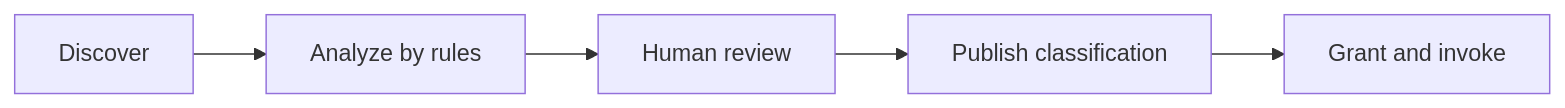
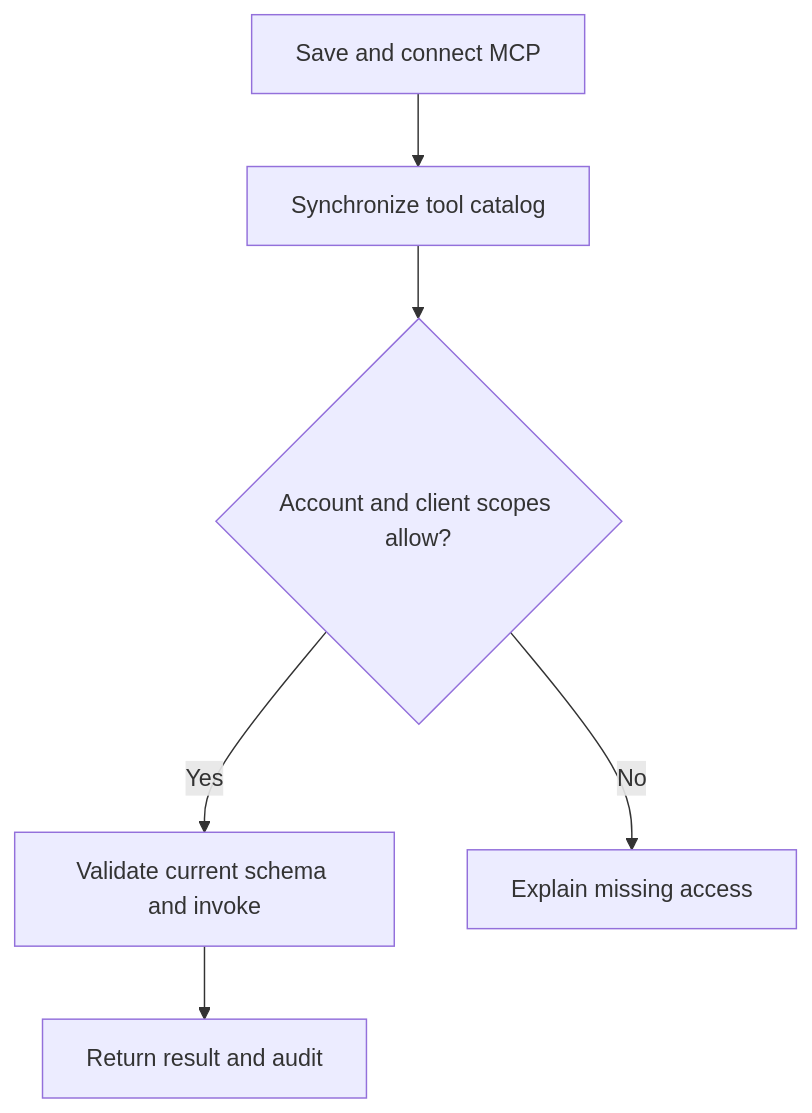
Before and after one commit to zhigege666/Lingshu-Gate: the diagram in docs/mcp-gateway.md, drawn with Mermaid. The commit also changed other lines of this file and 258 other files, not shown here.

````diff
--- a/docs/mcp-gateway.md
+++ b/docs/mcp-gateway.md
@@ -38,7 +38,8 @@
 ```mermaid
-flowchart LR
-    D["Discover"] --> A["Analyze by rules"]
-    A --> R["Human review"]
-    R --> P["Publish classification"]
-    P --> G["Grant and invoke"]
+flowchart TD
+    C["Save and connect MCP"] --> S["Synchronize tool catalog"]
+    S --> A{"Account and client scopes allow?"}
+    A -->|Yes| I["Validate current schema and invoke"]
+    A -->|No| E["Explain missing access"]
+    I --> R["Return result and audit"]
 ```
````
